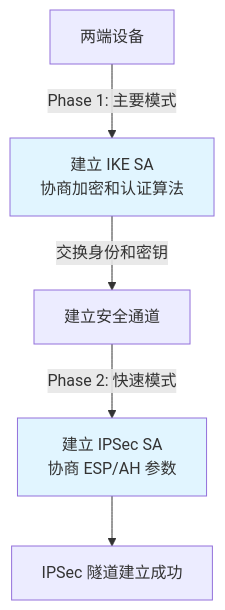
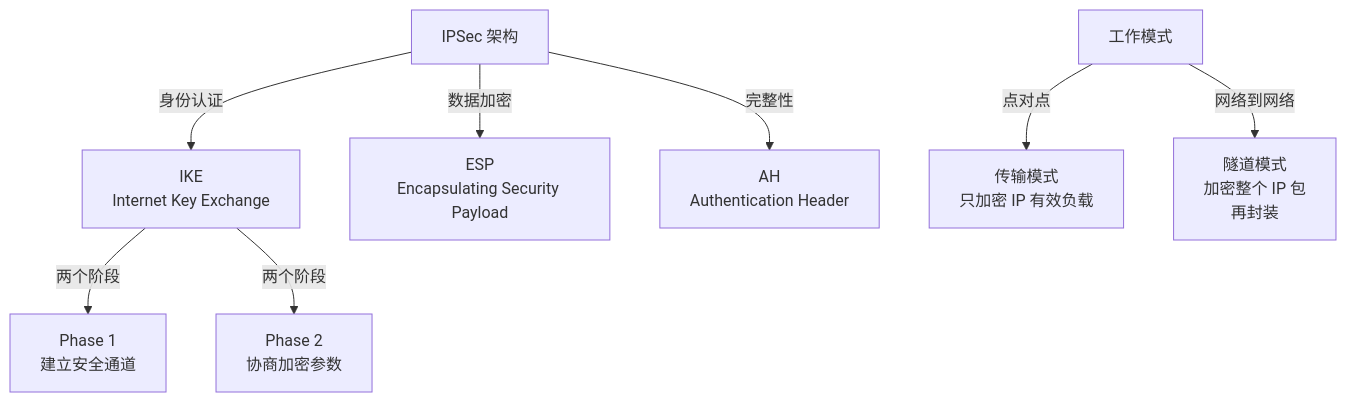
One commit to SKT-Shurima/NetworkMastery changed the first of 2 diagrams in docs/guide/security/ipsec.md. Above: the diagram before and after it, drawn with Mermaid. The commit also changed other lines of this file and 8 other files, not shown here.

````diff
--- a/docs/guide/security/ipsec.md
+++ b/docs/guide/security/ipsec.md
@@ -162,11 +34,12 @@
 ```mermaid
-graph TB
-    A["两端设备"] 
-    A -->|Phase 1: 主要模式| B["建立 IKE SA<br/>协商加密和认证算法"]
-    B -->|交换身份和密钥| C["建立安全通道"]
-    C -->|Phase 2: 快速模式| D["建立 IPSec SA<br/>协商 ESP/AH 参数"]
-    D --> E["IPSec 隧道建立成功"]
+graph TD
+    A["IPSec 架构"] -->|身份认证| B["IKE<br/>Internet Key Exchange"]
+    A -->|数据加密| C["ESP<br/>Encapsulating Security Payload"]
+    A -->|完整性| D["AH<br/>Authentication Header"]
     
-    style B fill:#e1f5ff
-    style D fill:#e1f5ff
+    B -->|两个阶段| E["Phase 1<br/>建立安全通道"]
+    B -->|两个阶段| F["Phase 2<br/>协商加密参数"]
+    
+    G["工作模式"] -->|点对点| H["传输模式<br/>只加密 IP 有效负载"]
+    G -->|网络到网络| I["隧道模式<br/>加密整个 IP 包<br/>再封装"]
 ```
````
